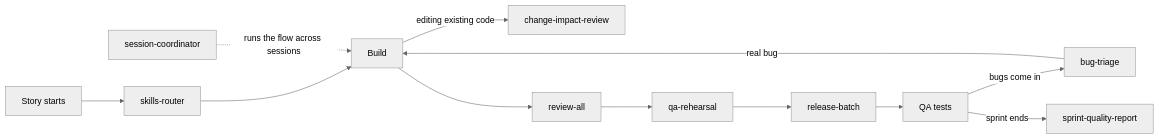
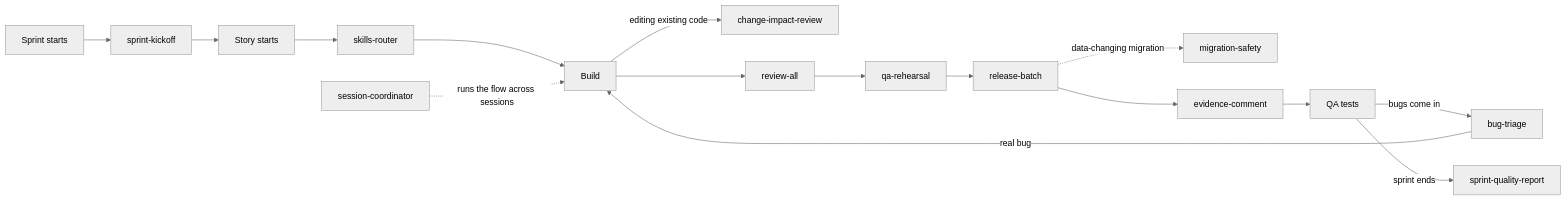
The diagram in README.md (YousefEssawy/delivery-skills), drawn with Mermaid (neutral theme) before and after one commit. The commit also changed other lines of this file and 9 other files, not shown here.

````diff
--- a/README.md
+++ b/README.md
@@ -45,14 +56,18 @@
 ```mermaid
 flowchart LR
-    A[Story starts] --> B[skills-router]
+    S[Sprint starts] --> K0[sprint-kickoff]
+    K0 --> A[Story starts]
+    A --> B[skills-router]
     B --> C[Build]
     C -->|editing existing code| D[change-impact-review]
     C --> E[review-all]
     E --> F[qa-rehearsal]
     F --> G[release-batch]
-    G --> H[QA tests]
+    G -. data-changing migration .-> M[migration-safety]
+    G --> EV[evidence-comment]
+    EV --> H[QA tests]
     H -->|bugs come in| I[bug-triage]
     I -->|real bug| C
     H -->|sprint ends| J[sprint-quality-report]
     K[session-coordinator] -. runs the flow across sessions .-> C
 ```
````
